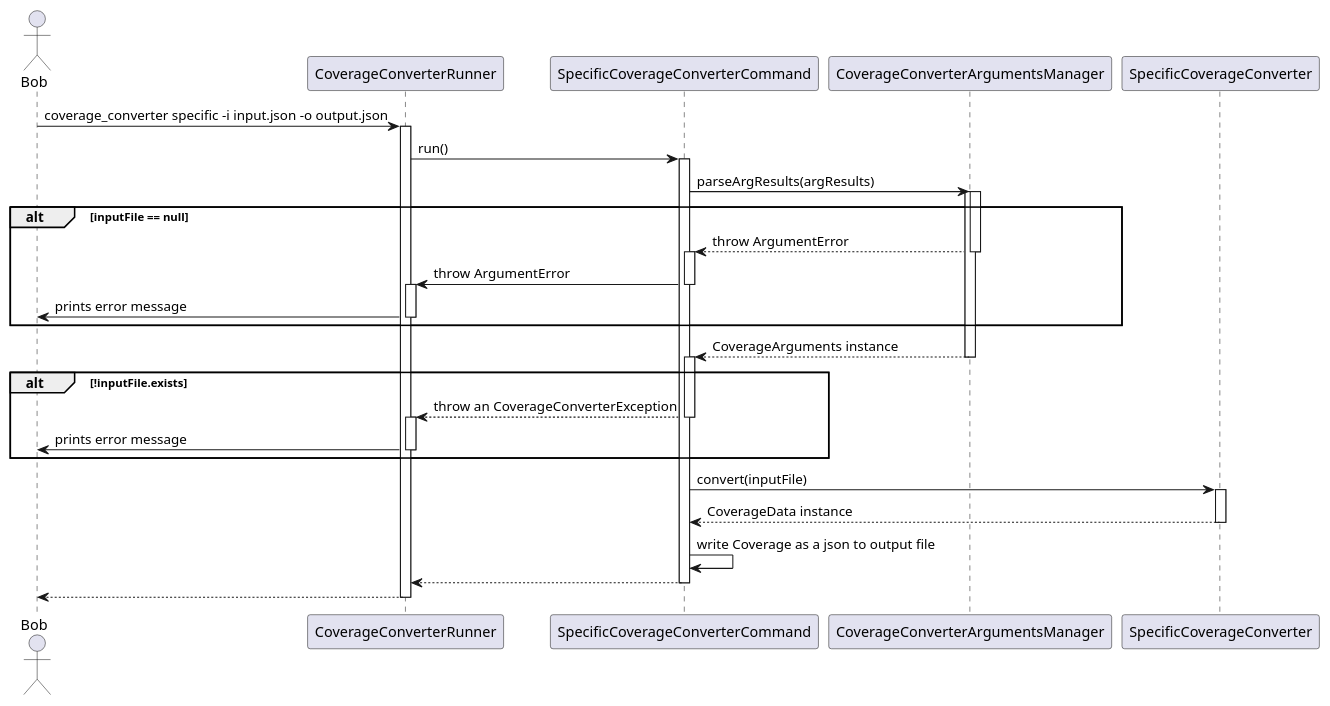
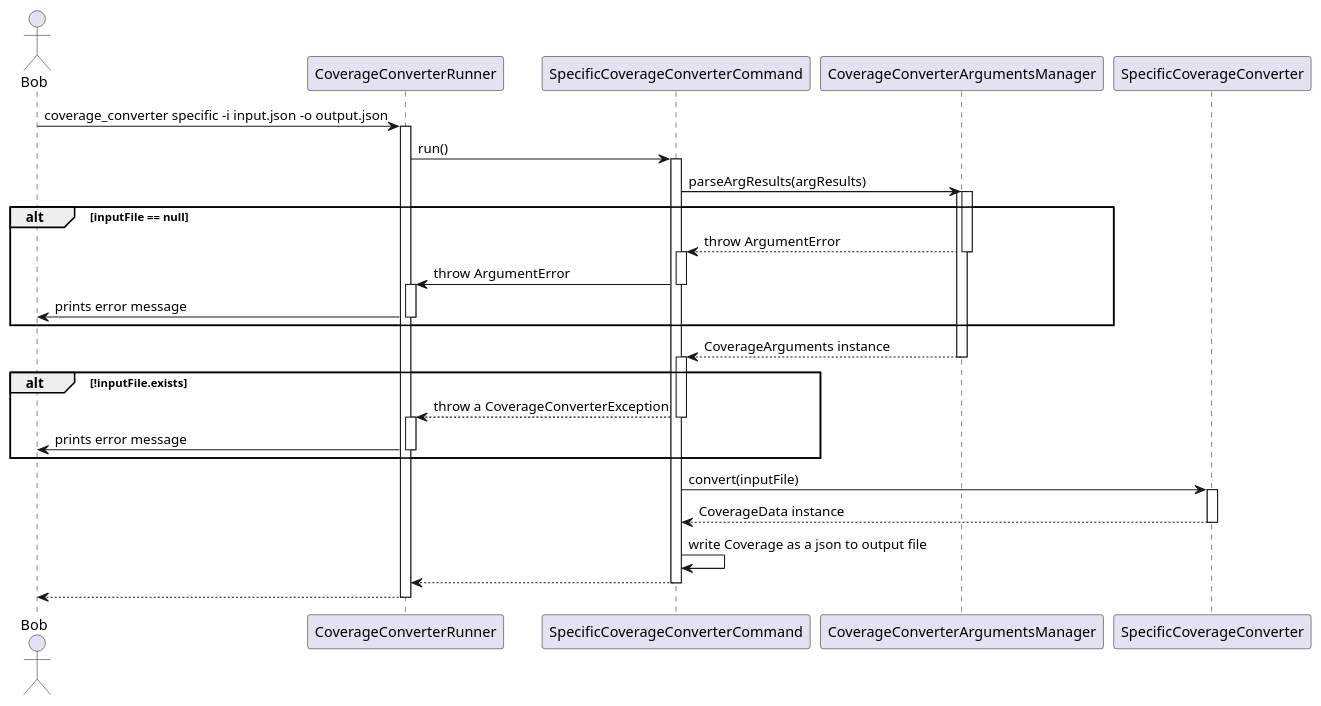
Before and after one commit to Flank/flank-dashboard: the diagram in metrics/coverage_converter/docs/diagrams/coverage_sequence_diagram.puml, drawn with PlantUML.

```diff
--- a/metrics/coverage_converter/docs/diagrams/coverage_sequence_diagram.puml
+++ b/metrics/coverage_converter/docs/diagrams/coverage_sequence_diagram.puml
@@ -1,57 +1,56 @@
 @startuml coverage_sequence_diagram
 
 actor Bob
 
 participant CoverageConverterRunner
 participant SpecificCoverageConverterCommand
 participant CoverageConverterArgumentsManager
 participant SpecificCoverageConverter
 
 Bob -> CoverageConverterRunner : coverage_converter specific -i input.json -o output.json
 
 activate CoverageConverterRunner
 CoverageConverterRunner -> SpecificCoverageConverterCommand : run()
 activate SpecificCoverageConverterCommand
 
 SpecificCoverageConverterCommand -> CoverageConverterArgumentsManager : parseArgResults(argResults)
 activate CoverageConverterArgumentsManager
 
 
 alt inputFile == null
     activate CoverageConverterArgumentsManager
 
     return throw ArgumentError
     activate SpecificCoverageConverterCommand
-    ' return throw ArgumentError
     SpecificCoverageConverterCommand -> CoverageConverterRunner: throw ArgumentError
     deactivate SpecificCoverageConverterCommand
     activate CoverageConverterRunner
     CoverageConverterRunner -> Bob: prints error message
     deactivate CoverageConverterRunner
 
 end
 
 return CoverageArguments instance
 
 
 alt !inputFile.exists
     activate SpecificCoverageConverterCommand
 
-    SpecificCoverageConverterCommand --> CoverageConverterRunner: throw an CoverageConverterException
+    SpecificCoverageConverterCommand --> CoverageConverterRunner: throw a CoverageConverterException
     deactivate SpecificCoverageConverterCommand
 
     activate CoverageConverterRunner
 
     CoverageConverterRunner -> Bob : prints error message
     deactivate CoverageConverterRunner
 
 end
 
 SpecificCoverageConverterCommand -> SpecificCoverageConverter : convert(inputFile)
 activate SpecificCoverageConverter
 return CoverageData instance
 SpecificCoverageConverterCommand -> SpecificCoverageConverterCommand : write Coverage as a json to output file
 return
 return
 
 @enduml
```
